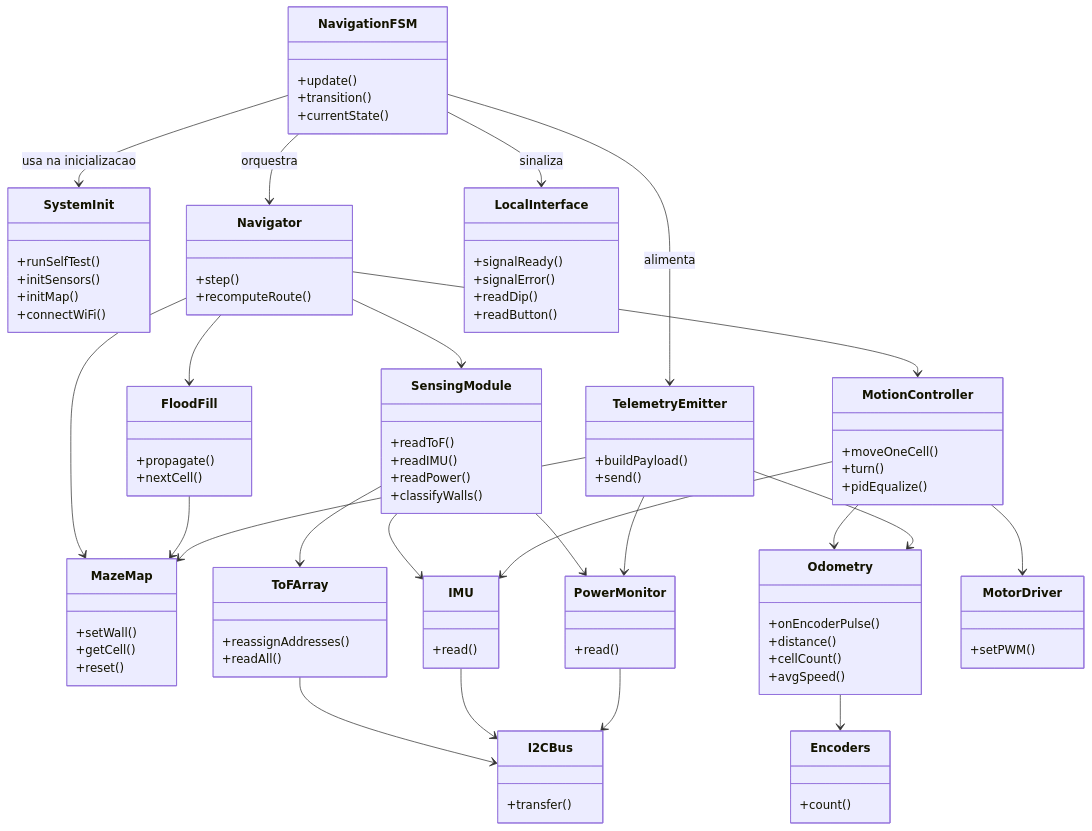
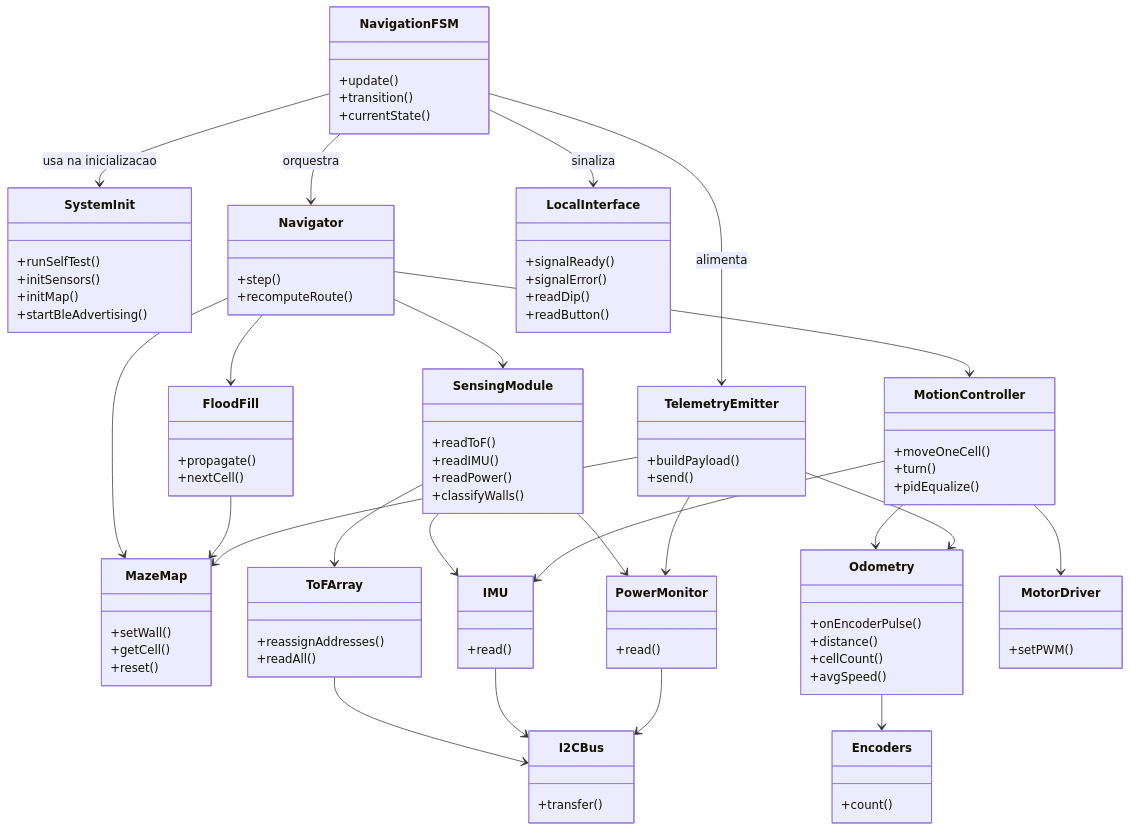
The first of 3 diagrams in docs/projeto-conceitual-software/firmware/arquitetura-firmware.md (fcte-pi1/2026.2_PI1_Grupo1_Diogo), drawn with Mermaid before and after one commit. The commit also changed other lines of this file and 31 other files, not shown here.

```diff
--- a/docs/projeto-conceitual-software/firmware/arquitetura-firmware.md
+++ b/docs/projeto-conceitual-software/firmware/arquitetura-firmware.md
@@ -25,7 +25,7 @@
     +runSelfTest()
     +initSensors()
     +initMap()
-    +connectWiFi()
+    +startBleAdvertising()
   }
   class NavigationFSM {
     +update()
```
